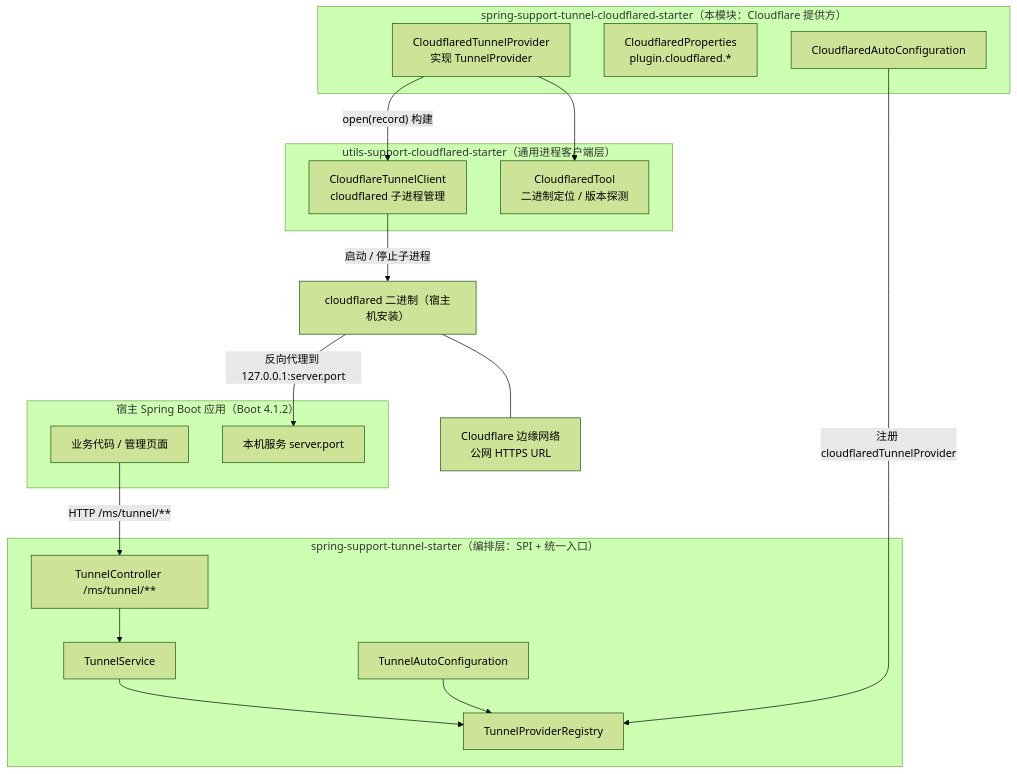
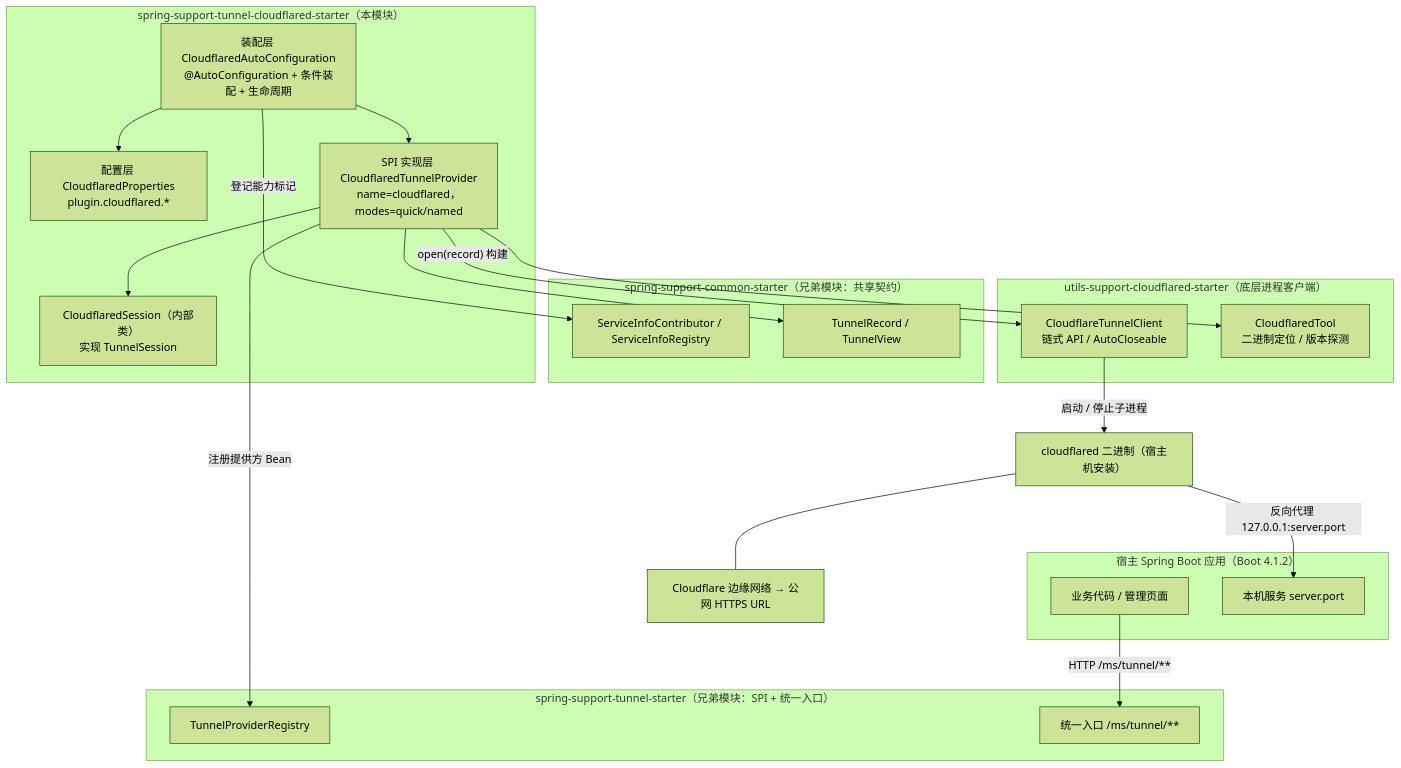
Before and after one commit to CHTK001/spring-support-parent-starter: the first of 2 diagrams in spring-support-tunnel-cloudflared-starter/README.md, drawn with Mermaid (forest theme). The commit also changed other lines of this file and 54 other files, not shown here.

````diff
--- a/spring-support-tunnel-cloudflared-starter/README.md
+++ b/spring-support-tunnel-cloudflared-starter/README.md
@@ -16,39 +11,42 @@
 ```mermaid
-graph TB
+flowchart TB
     subgraph HOST["宿主 Spring Boot 应用（Boot 4.1.2）"]
         APP["业务代码 / 管理页面"]
         SRV["本机服务 server.port"]
     end
 
-    subgraph TUNNEL["spring-support-tunnel-starter（编排层：SPI + 统一入口）"]
-        TAC["TunnelAutoConfiguration"]
-        TREG["TunnelProviderRegistry"]
-        TSVC["TunnelService"]
-        TCTRL["TunnelController /ms/tunnel/**"]
+    subgraph SELF["spring-support-tunnel-cloudflared-starter（本模块）"]
+        AUTO["装配层 CloudflaredAutoConfiguration<br/>@AutoConfiguration + 条件装配 + 生命周期"]
+        PROPS["配置层 CloudflaredProperties<br/>plugin.cloudflared.*"]
+        PROV["SPI 实现层 CloudflaredTunnelProvider<br/>name=cloudflared，modes=quick/named"]
+        SESSION["CloudflaredSession（内部类）<br/>实现 TunnelSession"]
+        AUTO --> PROPS
+        AUTO --> PROV
+        PROV --> SESSION
     end
 
-    subgraph SELF["spring-support-tunnel-cloudflared-starter（本模块：Cloudflare 提供方）"]
-        CAC["CloudflaredAutoConfiguration"]
-        CPROPS["CloudflaredProperties<br/>plugin.cloudflared.*"]
-        CPROV["CloudflaredTunnelProvider<br/>实现 TunnelProvider"]
+    subgraph TUNNEL["spring-support-tunnel-starter（兄弟模块：SPI + 统一入口）"]
+        REG["TunnelProviderRegistry"]
+        ENTRY["统一入口 /ms/tunnel/**"]
     end
 
-    subgraph UTILS["utils-support-cloudflared-starter（通用进程客户端层）"]
-        CLIENT["CloudflareTunnelClient<br/>cloudflared 子进程管理"]
+    subgraph COMMON["spring-support-common-starter（兄弟模块：共享契约）"]
+        SIC["ServiceInfoContributor / ServiceInfoRegistry"]
+        REC["TunnelRecord / TunnelView"]
+    end
+
+    subgraph UTILS["utils-support-cloudflared-starter（底层进程客户端）"]
+        CLIENT["CloudflareTunnelClient<br/>链式 API / AutoCloseable"]
         TOOL["CloudflaredTool<br/>二进制定位 / 版本探测"]
     end
 
-    BIN["cloudflared 二进制（宿主机安装）"]
-    EDGE["Cloudflare 边缘网络<br/>公网 HTTPS URL"]
-
-    APP -->|"HTTP /ms/tunnel/**"| TCTRL
-    TCTRL --> TSVC
-    TSVC --> TREG
-    TAC --> TREG
-    CAC -->|"注册 cloudflaredTunnelProvider"| TREG
-    CPROV -->|"open(record) 构建"| CLIENT
-    CPROV --> TOOL
-    CLIENT -->|"启动 / 停止子进程"| BIN
-    BIN -->|"反向代理到 127.0.0.1:server.port"| SRV
-    BIN --- EDGE
+    APP -->|"HTTP /ms/tunnel/**"| ENTRY
+    PROV -->|"注册提供方 Bean"| REG
+    AUTO -->|"登记能力标记"| SIC
+    PROV --> REC
+    PROV -->|"open(record) 构建"| CLIENT
+    PROV --> TOOL
+    CLIENT -->|"启动 / 停止子进程"| BIN["cloudflared 二进制（宿主机安装）"]
+    BIN -->|"反向代理 127.0.0.1:server.port"| SRV
+    BIN --- EDGE["Cloudflare 边缘网络 → 公网 HTTPS URL"]
 ```
````
